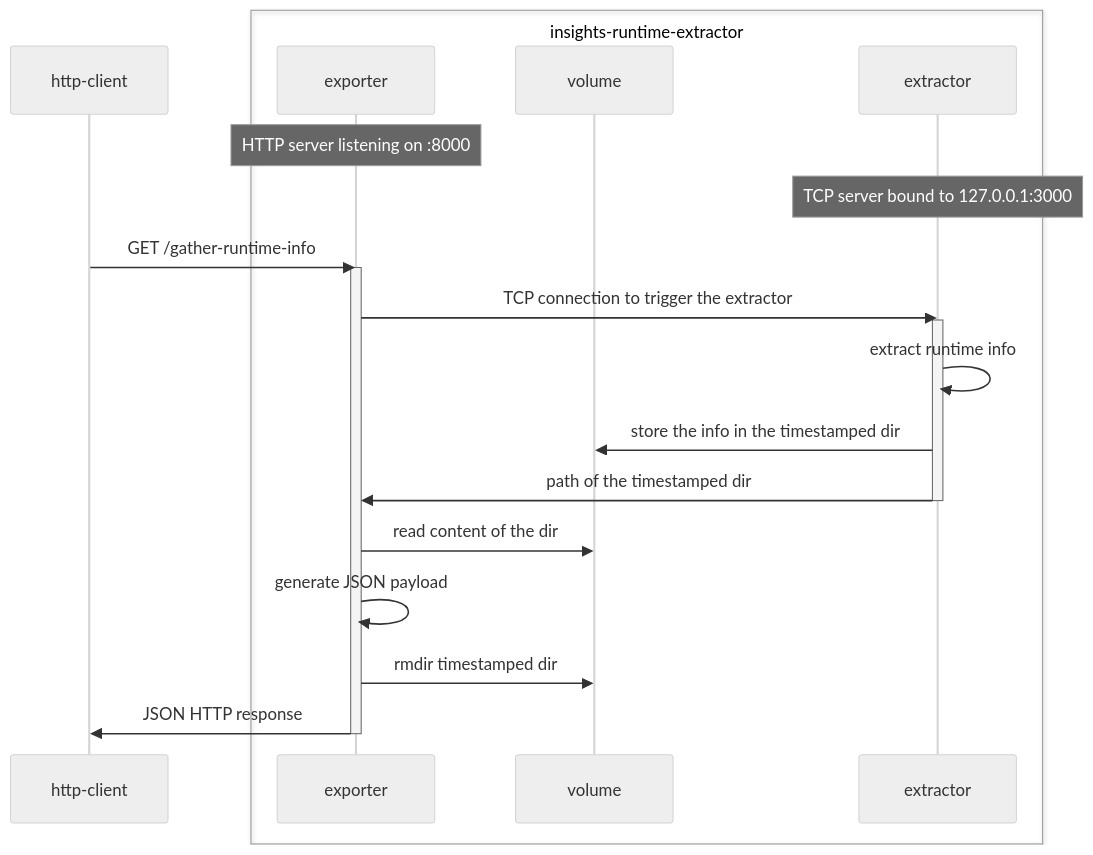
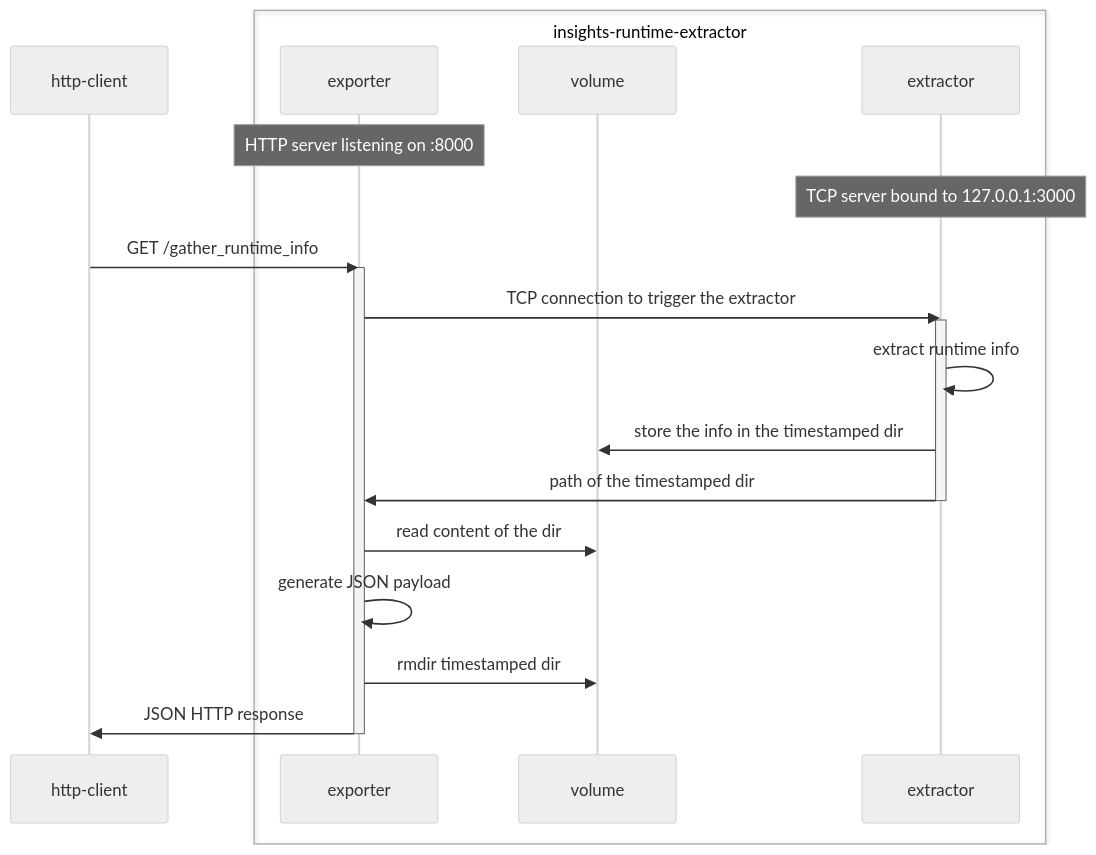
One commit to openshift/insights-runtime-extractor changed the diagram in exporter/README.md. Above: the diagram before and after it, drawn with Mermaid (neutral theme). The commit also changed other lines of this file and 2 other files, not shown here.

Commit message:
Fix HTTP handler name to /gather_runtime_info

````diff
--- a/exporter/README.md
+++ b/exporter/README.md
@@ -20,25 +20,25 @@
 ```mermaid
 sequenceDiagram
   participant http-client
   box insights-runtime-extractor
   participant exporter
   participant V as volume
   participant extractor
   end
 
 Note over exporter: HTTP server listening on :8000
 Note over extractor: TCP server bound to 127.0.0.1:3000
-http-client->>exporter: GET /gather-runtime-info
+http-client->>exporter: GET /gather_runtime_info
 activate exporter
 exporter->>extractor: TCP connection to trigger the extractor
 activate extractor
 extractor->>extractor: extract runtime info
 extractor->>V: store the info in the timestamped dir
 extractor->>exporter: path of the timestamped dir
 deactivate extractor
 exporter->>V: read content of the dir
 exporter->>exporter: generate JSON payload
 exporter->>V: rmdir timestamped dir
 exporter->>http-client: JSON HTTP response
 deactivate exporter
 ```
````
